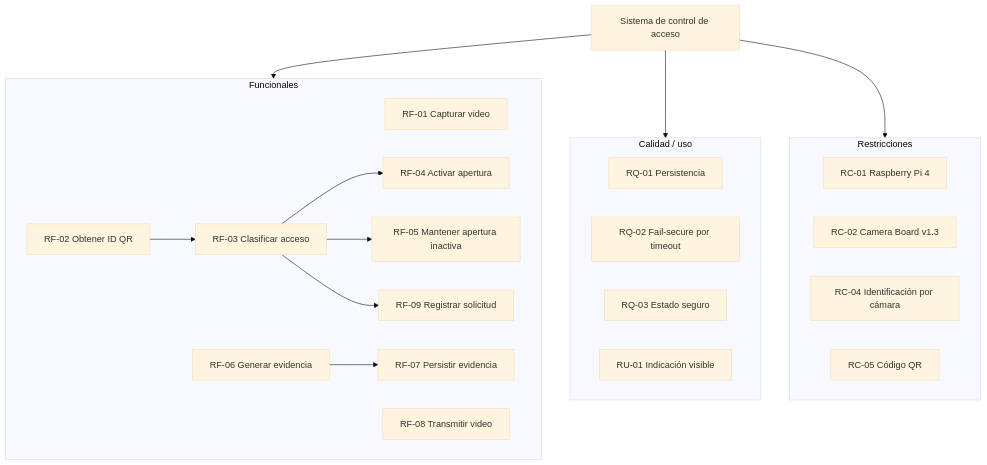
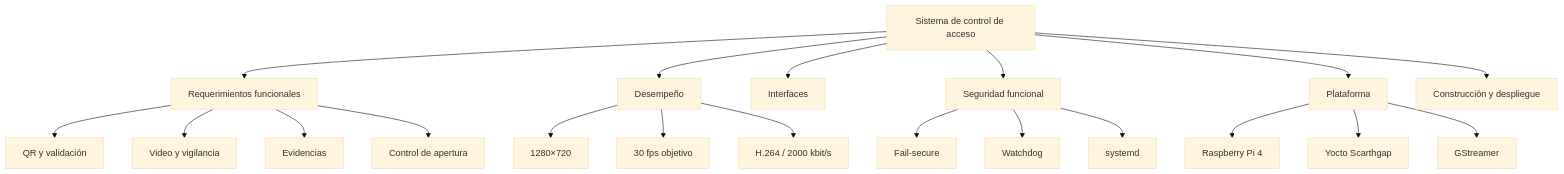
One commit to VeroC25/Project_1_Embebidos changed the diagram in docs/12_requerimientos_del_sistema.md. Above: the diagram before and after it, drawn with Mermaid (base theme). The commit also changed other lines of this file, not shown here.

````diff
--- a/docs/12_requerimientos_del_sistema.md
+++ b/docs/12_requerimientos_del_sistema.md
@@ -127,40 +635,28 @@
 ```mermaid
 flowchart TB
     SYS["Sistema de control de acceso"]
 
-    subgraph FUNC["Funcionales"]
-        RF1["RF-01 Capturar video"]
-        RF2["RF-02 Obtener ID QR"]
-        RF3["RF-03 Clasificar acceso"]
-        RF4["RF-04 Activar apertura"]
-        RF5["RF-05 Mantener apertura inactiva"]
-        RF6["RF-06 Generar evidencia"]
-        RF7["RF-07 Persistir evidencia"]
-        RF8["RF-08 Transmitir video"]
-        RF9["RF-09 Registrar solicitud"]
-    end
+    SYS --> FUNC["Requerimientos funcionales"]
+    SYS --> PERF["Desempeño"]
+    SYS --> INTER["Interfaces"]
+    SYS --> SAFE["Seguridad funcional"]
+    SYS --> PLAT["Plataforma"]
+    SYS --> DEP["Construcción y despliegue"]
 
-    subgraph CAL["Calidad / uso"]
-        RQ1["RQ-01 Persistencia"]
-        RQ2["RQ-02 Fail-secure por timeout"]
-        RQ3["RQ-03 Estado seguro"]
-        RU1["RU-01 Indicación visible"]
-    end
+    FUNC --> QR["QR y validación"]
+    FUNC --> VID["Video y vigilancia"]
+    FUNC --> EVID["Evidencias"]
+    FUNC --> OPEN["Control de apertura"]
 
-    subgraph REST["Restricciones"]
-        RC1["RC-01 Raspberry Pi 4"]
-        RC2["RC-02 Camera Board v1.3"]
-        RC4["RC-04 Identificación por cámara"]
-        RC5["RC-05 Código QR"]
-    end
+    PERF --> RES["1280×720"]
+    PERF --> FPS["30 fps objetivo"]
+    PERF --> H264["H.264 / 2000 kbit/s"]
 
-    SYS --> FUNC
-    SYS --> CAL
-    SYS --> REST
+    SAFE --> FS["Fail-secure"]
+    SAFE --> WD["Watchdog"]
+    SAFE --> SD["systemd"]
 
-    RF2 --> RF3
-    RF3 --> RF4
-    RF3 --> RF5
-    RF6 --> RF7
-    RF3 --> RF9
+    PLAT --> RPI["Raspberry Pi 4"]
+    PLAT --> YOCTO["Yocto Scarthgap"]
+    PLAT --> GST["GStreamer"]
 ```
````
